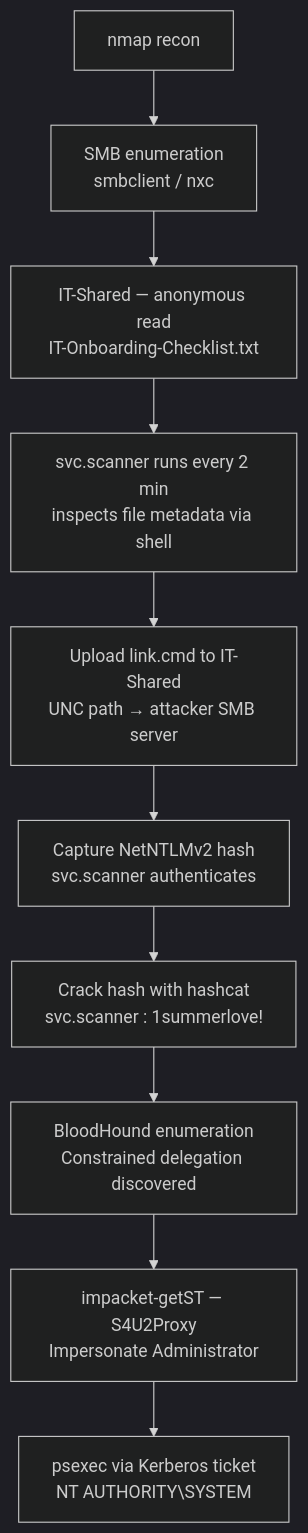
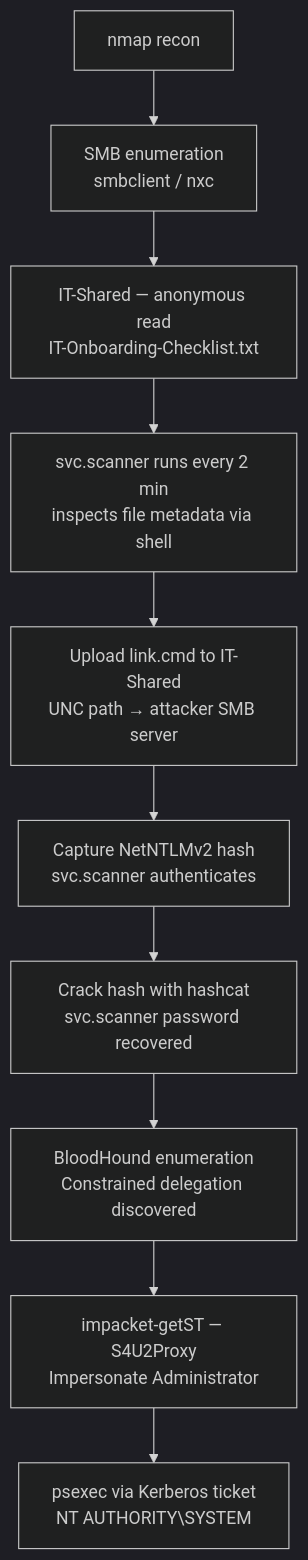
The diagram in _posts/2026-06-30-thm-proxy.md (F4ls3P0sM00d/F4ls3P0sM00d.github.io), drawn with Mermaid (dark theme) before and after one commit. The commit also changed other lines of this file, not shown here.

````diff
--- a/_posts/2026-06-30-thm-proxy.md
+++ b/_posts/2026-06-30-thm-proxy.md
@@ -14,12 +14,12 @@
 ```mermaid
 flowchart TD
     A[nmap recon] --> B[SMB enumeration<br/>smbclient / nxc]
     B --> C[IT-Shared — anonymous read<br/>IT-Onboarding-Checklist.txt]
     C --> D[svc.scanner runs every 2 min<br/>inspects file metadata via shell]
     D --> E[Upload link.cmd to IT-Shared<br/>UNC path → attacker SMB server]
     E --> F[Capture NetNTLMv2 hash<br/>svc.scanner authenticates]
-    F --> G[Crack hash with hashcat<br/>svc.scanner : 1summerlove!]
+    F --> G[Crack hash with hashcat<br/>svc.scanner password recovered]
     G --> H[BloodHound enumeration<br/>Constrained delegation discovered]
     H --> I[impacket-getST — S4U2Proxy<br/>Impersonate Administrator]
     I --> J[psexec via Kerberos ticket<br/>NT AUTHORITY\SYSTEM]
 ```
````
